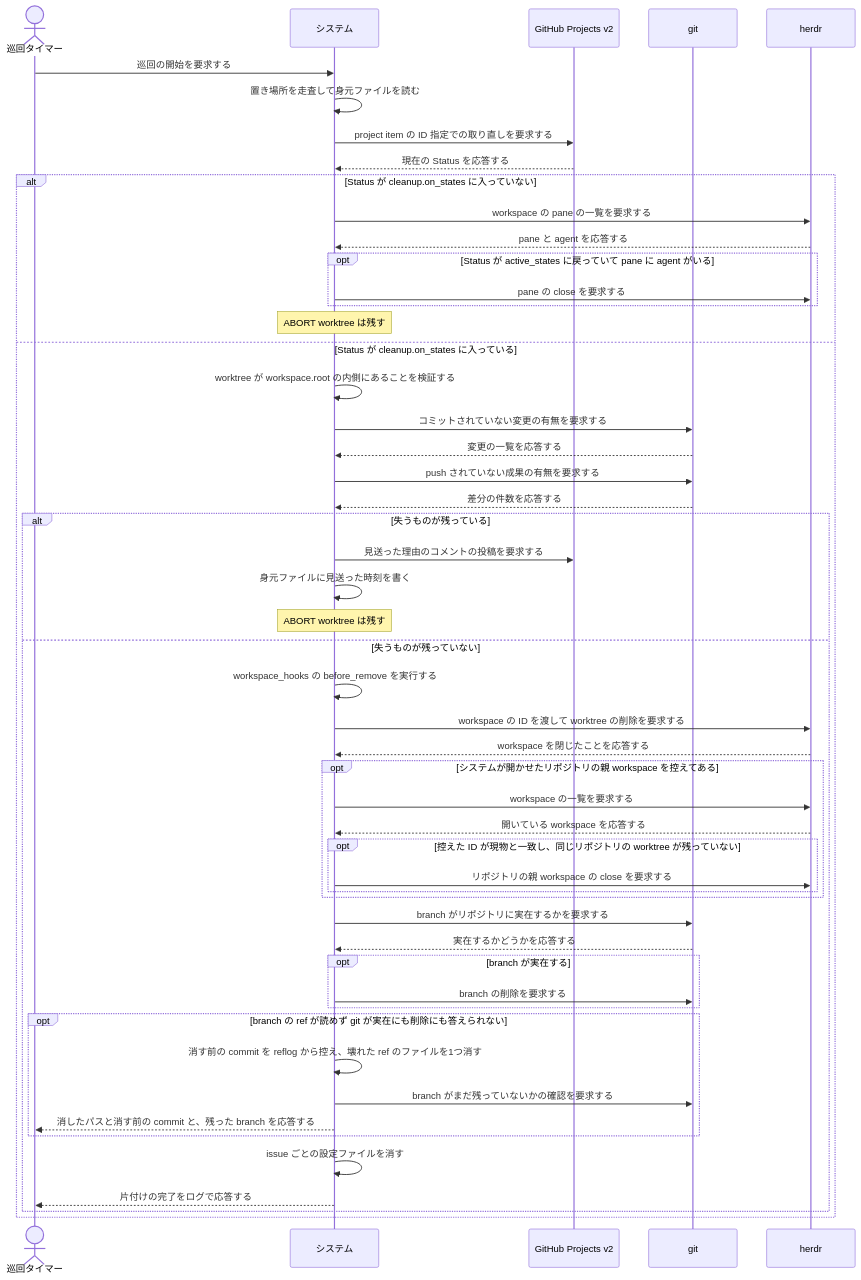
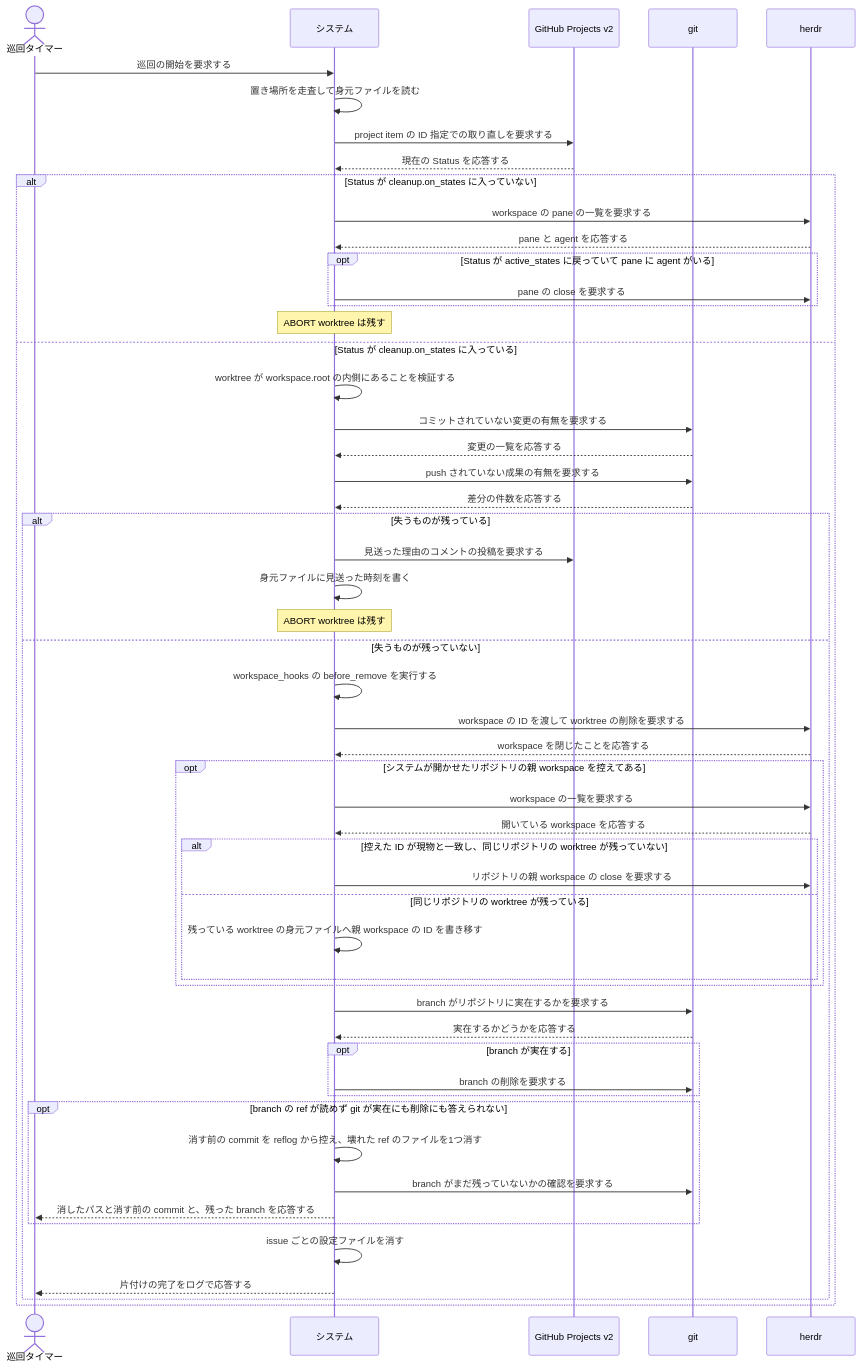
Before and after one commit to maimuzo/continuo: the second of 2 diagrams in docs/spec/usecases/particular_case/worktree と branch を片付ける.rucm.md, drawn with Mermaid. The commit also changed other lines of this file and 20 other files, not shown here.

````diff
--- a/docs/spec/usecases/particular_case/worktree と branch を片付ける.rucm.md
+++ b/docs/spec/usecases/particular_case/worktree と branch を片付ける.rucm.md
@@ -330,55 +368,57 @@
 ```mermaid
 sequenceDiagram
     actor T as 巡回タイマー
     participant S as システム
     participant GH as GitHub Projects v2
     participant G as git
     participant H as herdr
 
     T->>S: 巡回の開始を要求する
     S->>S: 置き場所を走査して身元ファイルを読む
     S->>GH: project item の ID 指定での取り直しを要求する
     GH-->>S: 現在の Status を応答する
     alt Status が cleanup.on_states に入っていない
         S->>H: workspace の pane の一覧を要求する
         H-->>S: pane と agent を応答する
         opt Status が active_states に戻っていて pane に agent がいる
             S->>H: pane の close を要求する
         end
         Note over S: ABORT worktree は残す
     else Status が cleanup.on_states に入っている
         S->>S: worktree が workspace.root の内側にあることを検証する
         S->>G: コミットされていない変更の有無を要求する
         G-->>S: 変更の一覧を応答する
         S->>G: push されていない成果の有無を要求する
         G-->>S: 差分の件数を応答する
         alt 失うものが残っている
             S->>GH: 見送った理由のコメントの投稿を要求する
             S->>S: 身元ファイルに見送った時刻を書く
             Note over S: ABORT worktree は残す
         else 失うものが残っていない
             S->>S: workspace_hooks の before_remove を実行する
             S->>H: workspace の ID を渡して worktree の削除を要求する
             H-->>S: workspace を閉じたことを応答する
             opt システムが開かせたリポジトリの親 workspace を控えてある
                 S->>H: workspace の一覧を要求する
                 H-->>S: 開いている workspace を応答する
-                opt 控えた ID が現物と一致し、同じリポジトリの worktree が残っていない
+                alt 控えた ID が現物と一致し、同じリポジトリの worktree が残っていない
                     S->>H: リポジトリの親 workspace の close を要求する
+                else 同じリポジトリの worktree が残っている
+                    S->>S: 残っている worktree の身元ファイルへ親 workspace の ID を書き移す
                 end
             end
             S->>G: branch がリポジトリに実在するかを要求する
             G-->>S: 実在するかどうかを応答する
             opt branch が実在する
                 S->>G: branch の削除を要求する
             end
             opt branch の ref が読めず git が実在にも削除にも答えられない
                 S->>S: 消す前の commit を reflog から控え、壊れた ref のファイルを1つ消す
                 S->>G: branch がまだ残っていないかの確認を要求する
                 S-->>T: 消したパスと消す前の commit と、残った branch を応答する
             end
             S->>S: issue ごとの設定ファイルを消す
             S-->>T: 片付けの完了をログで応答する
         end
     end
 ```
````
